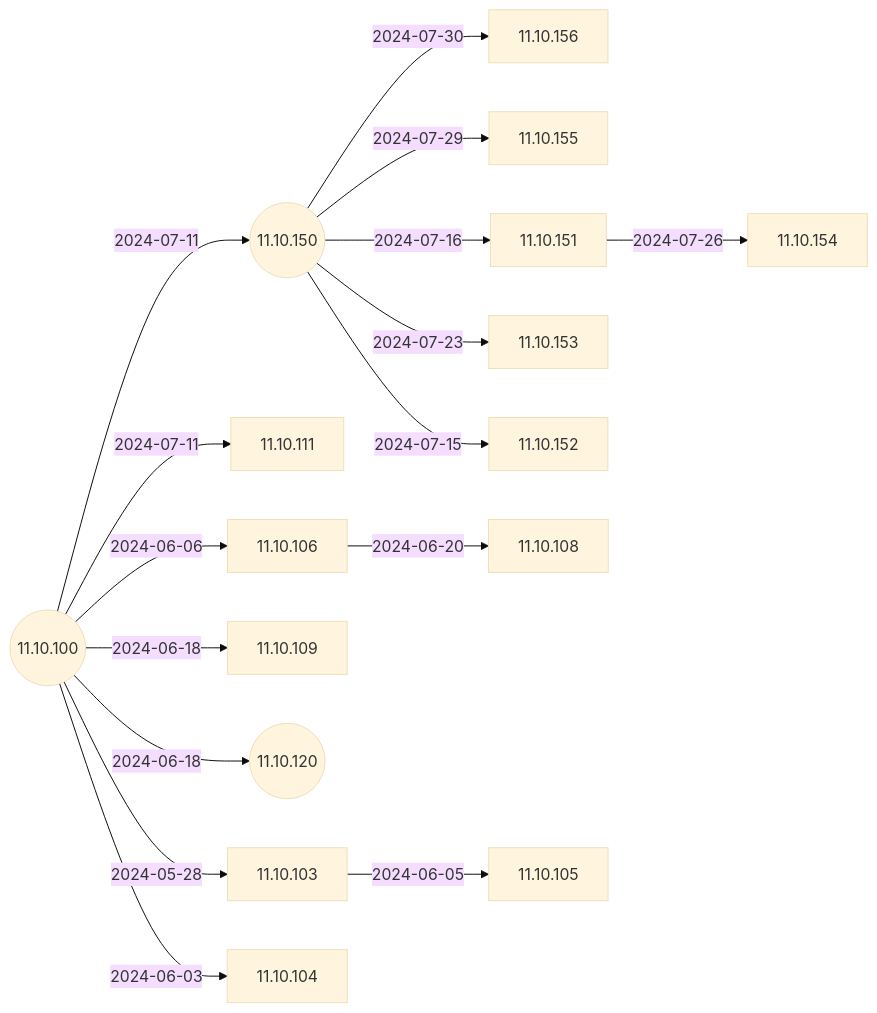
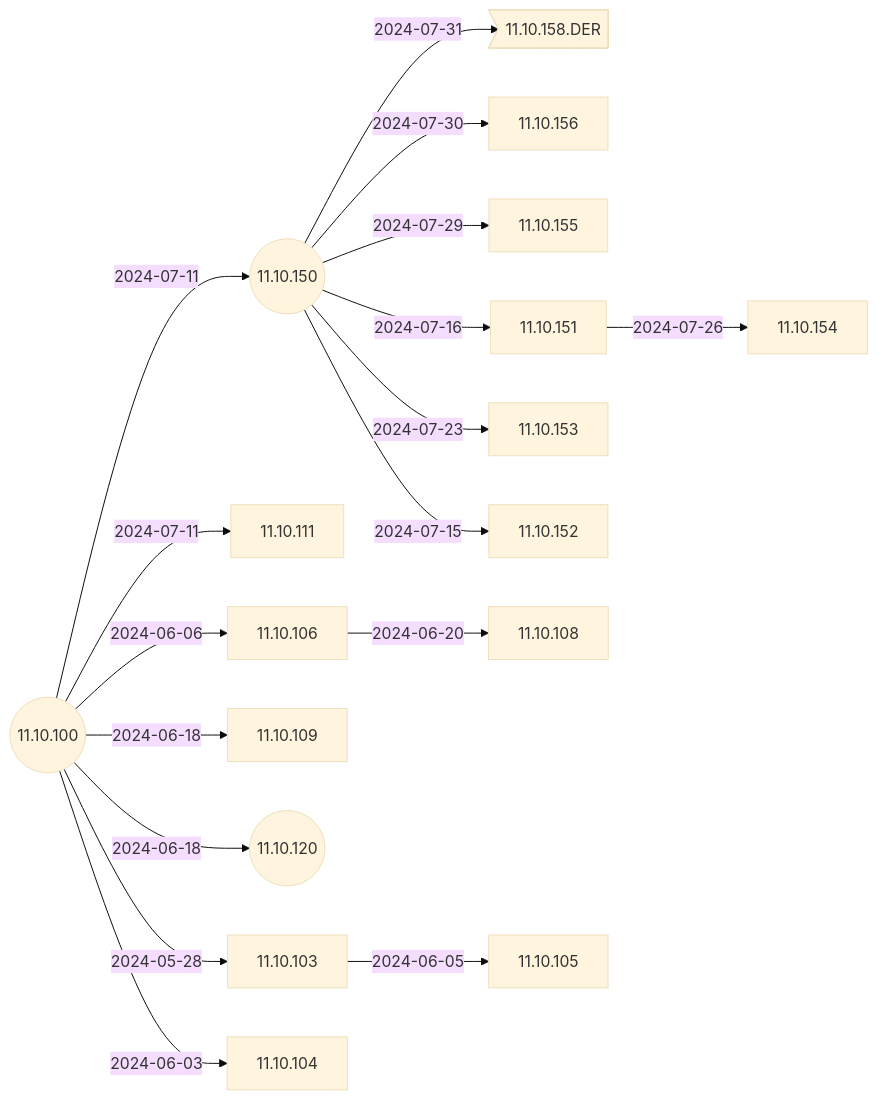
One commit to IGEL-Community/IGEL-Docs-v02 changed the second of 6 diagrams in docs/Docs/ReleaseNotes/01-OS11/README.md. Above: the diagram before and after it, drawn with Mermaid (base theme). The commit also changed 2 other files, not shown here.

Commit message:
11.10.158.DER 11.10.158.DER

````diff
--- a/docs/Docs/ReleaseNotes/01-OS11/README.md
+++ b/docs/Docs/ReleaseNotes/01-OS11/README.md
@@ -41,35 +41,37 @@
 ```mermaid
 flowchart LR
+    11.10.150-- 2024-07-31 -->11.10.158.DER>11.10.158.DER]
     11.10.150-- 2024-07-30 -->11.10.156
     11.10.150-- 2024-07-29 -->11.10.155
     11.10.151-- 2024-07-26 -->11.10.154
     11.10.150-- 2024-07-23 -->11.10.153
     11.10.150-- 2024-07-16 -->11.10.151
     11.10.150-- 2024-07-15 -->11.10.152
     11.10.100-- 2024-07-11 -->11.10.150((11.10.150))
     11.10.100-- 2024-07-11 -->11.10.111
     11.10.106-- 2024-06-20 -->11.10.108
     11.10.100-- 2024-06-18 -->11.10.109
     11.10.100-- 2024-06-18 -->11.10.120((11.10.120))
     11.10.100-- 2024-06-06 -->11.10.106
     11.10.103-- 2024-06-05 -->11.10.105
     11.10.100-- 2024-06-03 -->11.10.104
     11.10.100-- 2024-05-28 -->11.10.103
     11.10.100((11.10.100))
+    click 11.10.158.DER "https://github.com/IGEL-Community/IGEL-Docs-v02/tree/main/docs/Docs/ReleaseNotes/01-OS11/readme11.10.158.DER.txt" _blank
     click 11.10.156 "https://github.com/IGEL-Community/IGEL-Docs-v02/tree/main/docs/Docs/ReleaseNotes/01-OS11/readme11.10.156.txt" _blank
     click 11.10.155 "https://github.com/IGEL-Community/IGEL-Docs-v02/tree/main/docs/Docs/ReleaseNotes/01-OS11/readme11.10.155.txt" _blank
     click 11.10.154 "https://github.com/IGEL-Community/IGEL-Docs-v02/tree/main/docs/Docs/ReleaseNotes/01-OS11/readme11.10.154.txt" _blank
     click 11.10.153 "https://github.com/IGEL-Community/IGEL-Docs-v02/tree/main/docs/Docs/ReleaseNotes/01-OS11/readme11.10.153.txt" _blank
     click 11.10.151 "https://github.com/IGEL-Community/IGEL-Docs-v02/tree/main/docs/Docs/ReleaseNotes/01-OS11/readme11.10.151.txt" _blank
     click 11.10.152 "https://github.com/IGEL-Community/IGEL-Docs-v02/tree/main/docs/Docs/ReleaseNotes/01-OS11/readme11.10.152.txt" _blank
     click 11.10.111 "https://github.com/IGEL-Community/IGEL-Docs-v02/tree/main/docs/Docs/ReleaseNotes/01-OS11/readme11.10.111.txt" _blank
     click 11.10.150 "https://github.com/IGEL-Community/IGEL-Docs-v02/tree/main/docs/Docs/ReleaseNotes/01-OS11/readme11.10.150.txt" _blank
     click 11.10.108 "https://github.com/IGEL-Community/IGEL-Docs-v02/tree/main/docs/Docs/ReleaseNotes/01-OS11/readme11.10.108.txt" _blank
     click 11.10.109 "https://github.com/IGEL-Community/IGEL-Docs-v02/tree/main/docs/Docs/ReleaseNotes/01-OS11/readme11.10.109.txt" _blank
     click 11.10.120 "https://github.com/IGEL-Community/IGEL-Docs-v02/tree/main/docs/Docs/ReleaseNotes/01-OS11/readme11.10.120.txt" _blank
     click 11.10.106 "https://github.com/IGEL-Community/IGEL-Docs-v02/tree/main/docs/Docs/ReleaseNotes/01-OS11/readme11.10.106.txt" _blank
     click 11.10.105 "https://github.com/IGEL-Community/IGEL-Docs-v02/tree/main/docs/Docs/ReleaseNotes/01-OS11/readme11.10.105.txt" _blank
     click 11.10.104 "https://github.com/IGEL-Community/IGEL-Docs-v02/tree/main/docs/Docs/ReleaseNotes/01-OS11/readme11.10.104.txt" _blank
     click 11.10.103 "https://github.com/IGEL-Community/IGEL-Docs-v02/tree/main/docs/Docs/ReleaseNotes/01-OS11/readme11.10.103.txt" _blank
     click 11.10.100 "https://github.com/IGEL-Community/IGEL-Docs-v02/tree/main/docs/Docs/ReleaseNotes/01-OS11/readme11.10.100.txt" _blank
 ```
````
